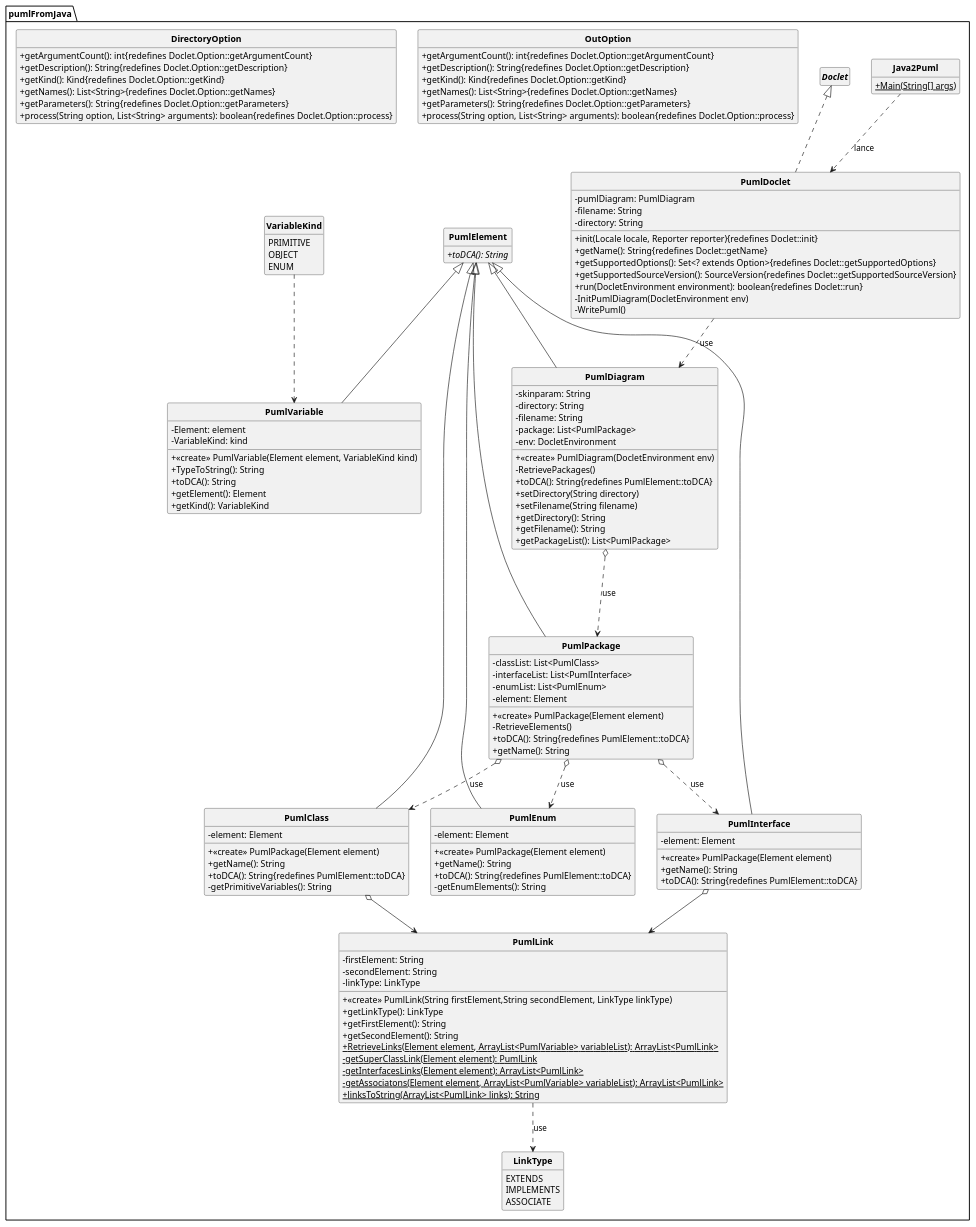
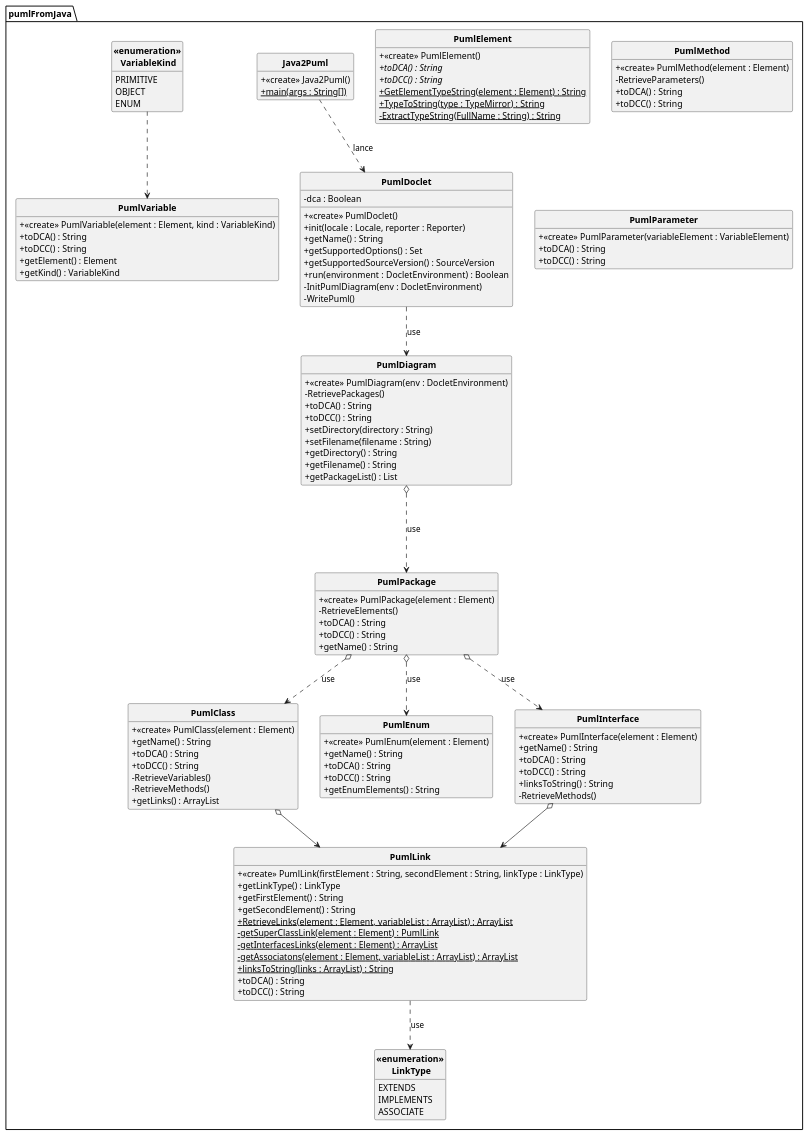
One commit to Lykomonix/API-JAVAtoPUML changed the diagram in uml/DCC API.puml. Above: the diagram before and after it, drawn with PlantUML. The commit also changed other lines of this file and 34 other files, not shown here.

Commit message:
[*] correction de l'option dca

```diff
--- a/uml/DCC API.puml
+++ b/uml/DCC API.puml
@@ -34,163 +1,156 @@
 @startuml
 
 skinparam style strictuml
 skinparam classAttributeIconSize 0
 skinparam classFontStyle Bold
 hide empty members
 
 Package "pumlFromJava" {
 
 class Java2Puml
 {
-    + {static} Main(String[] args)
++ <<create>> Java2Puml()
++ {static} main(args : String[])
 }
 
-class PumlDoclet implements Doclet
+class PumlClass
 {
-    -pumlDiagram: PumlDiagram
-    -filename: String
-    -directory: String
-    + init(Locale locale, Reporter reporter){redefines Doclet::init}
-    + getName(): String{redefines Doclet::getName}
-    + getSupportedOptions(): Set<? extends Option>{redefines Doclet::getSupportedOptions}
-    + getSupportedSourceVersion(): SourceVersion{redefines Doclet::getSupportedSourceVersion}
-    + run(DocletEnvironment environment): boolean{redefines Doclet::run}
-    - InitPumlDiagram(DocletEnvironment env)
-    - WritePuml()
++ <<create>> PumlClass(element : Element)
++ getName() : String
++ toDCA() : String
++ toDCC() : String
+- RetrieveVariables()
+- RetrieveMethods()
++ getLinks() : ArrayList
 }
 
-class OutOption implements Doclet.Option
+class PumlDiagram
 {
-    + getArgumentCount(): int{redefines Doclet.Option::getArgumentCount}
-    + getDescription(): String{redefines Doclet.Option::getDescription}
-    + getKind(): Kind{redefines Doclet.Option::getKind}
-    + getNames(): List<String>{redefines Doclet.Option::getNames}
-    + getParameters(): String{redefines Doclet.Option::getParameters}
-    + process(String option, List<String> arguments): boolean{redefines Doclet.Option::process}
++ <<create>> PumlDiagram(env : DocletEnvironment)
+- RetrievePackages()
++ toDCA() : String
++ toDCC() : String
++ setDirectory(directory : String)
++ setFilename(filename : String)
++ getDirectory() : String
++ getFilename() : String
++ getPackageList() : List
 }
 
-class DirectoryOption implements Doclet.Option
+class PumlDoclet
 {
-    + getArgumentCount(): int{redefines Doclet.Option::getArgumentCount}
-    + getDescription(): String{redefines Doclet.Option::getDescription}
-    + getKind(): Kind{redefines Doclet.Option::getKind}
-    + getNames(): List<String>{redefines Doclet.Option::getNames}
-    + getParameters(): String{redefines Doclet.Option::getParameters}
-    + process(String option, List<String> arguments): boolean{redefines Doclet.Option::process}
+- dca : Boolean
++ <<create>> PumlDoclet()
++ init(locale : Locale, reporter : Reporter)
++ getName() : String
++ getSupportedOptions() : Set
++ getSupportedSourceVersion() : SourceVersion
++ run(environment : DocletEnvironment)  : Boolean
+- InitPumlDiagram(env : DocletEnvironment)
+- WritePuml()
 }
-
 
 class PumlElement
 {
-    +toDCA(): String{abstract}
++ <<create>> PumlElement()
++ {abstract} toDCA() : String
++ {abstract} toDCC() : String
++ {static} GetElementTypeString(element : Element) : String
++ {static} TypeToString(type : TypeMirror) : String
+- {static} ExtractTypeString(FullName : String) : String
 }
 
-class PumlDiagram extends PumlElement
+class PumlEnum
 {
-    - skinparam: String
-    - directory: String
-    - filename: String
-    - package: List<PumlPackage>
-    - env: DocletEnvironment
-    + <<create>> PumlDiagram(DocletEnvironment env)
-    - RetrievePackages()
-    + toDCA(): String{redefines PumlElement::toDCA}
-    + setDirectory(String directory)
-    + setFilename(String filename)
-    + getDirectory(): String
-    + getFilename(): String
-    + getPackageList(): List<PumlPackage>
++ <<create>> PumlEnum(element : Element)
++ getName() : String
++ toDCA() : String
++ toDCC() : String
++ getEnumElements() : String
 }
 
-class PumlPackage extends PumlElement
+class PumlInterface
 {
-    - classList: List<PumlClass>
-    - interfaceList: List<PumlInterface>
-    - enumList: List<PumlEnum>
-    - element: Element
-    + <<create>> PumlPackage(Element element)
-    - RetrieveElements()
-    + toDCA(): String{redefines PumlElement::toDCA}
-    + getName(): String
-}
-
-class PumlClass extends PumlElement
-{
-    - element: Element
-    + <<create>> PumlPackage(Element element)
-    + getName(): String
-    + toDCA(): String{redefines PumlElement::toDCA}
-    - getPrimitiveVariables(): String
-}
-
-class PumlEnum extends PumlElement
-{
-    - element: Element
-    + <<create>> PumlPackage(Element element)
-    + getName(): String
-    + toDCA(): String{redefines PumlElement::toDCA}
-    - getEnumElements(): String
-}
-
-class PumlInterface extends PumlElement
-{
-    - element: Element
-    + <<create>> PumlPackage(Element element)
-    + getName(): String
-    + toDCA(): String{redefines PumlElement::toDCA}
++ <<create>> PumlInterface(element : Element)
++ getName() : String
++ toDCA() : String
++ toDCC() : String
++ linksToString() : String
+- RetrieveMethods()
 }
 
 class PumlLink
 {
-    - firstElement: String
-    - secondElement: String
-    - linkType: LinkType
-    + <<create>> PumlLink(String firstElement,String secondElement, LinkType linkType)
-    + getLinkType(): LinkType
-    + getFirstElement(): String
-    + getSecondElement(): String
-    {static}+ RetrieveLinks(Element element, ArrayList<PumlVariable> variableList): ArrayList<PumlLink>
-    {static}- getSuperClassLink(Element element): PumlLink
-    {static}- getInterfacesLinks(Element element): ArrayList<PumlLink>
-    {static}- getAssociatons(Element element, ArrayList<PumlVariable> variableList): ArrayList<PumlLink>
-    {static}+ linksToString(ArrayList<PumlLink> links): String
++ <<create>> PumlLink(firstElement : String, secondElement : String, linkType : LinkType)
++ getLinkType() : LinkType
++ getFirstElement() : String
++ getSecondElement() : String
++ {static} RetrieveLinks(element : Element, variableList : ArrayList) : ArrayList
+- {static} getSuperClassLink(element : Element) : PumlLink
+- {static} getInterfacesLinks(element : Element) : ArrayList
+- {static} getAssociatons(element : Element, variableList : ArrayList) : ArrayList
++ {static} linksToString(links : ArrayList) : String
++ toDCA() : String
++ toDCC() : String
 }
 
-class PumlVariable extends PumlElement
+class PumlMethod
 {
-    - Element: element
-    - VariableKind: kind
-    + <<create>> PumlVariable(Element element, VariableKind kind)
-    + TypeToString(): String
-    + toDCA(): String
-    + getElement(): Element
-    + getKind(): VariableKind
++ <<create>> PumlMethod(element : Element)
+- RetrieveParameters()
++ toDCA() : String
++ toDCC() : String
 }
 
-enum LinkType
+class PumlPackage
 {
-    EXTENDS
-    IMPLEMENTS
-    ASSOCIATE
++ <<create>> PumlPackage(element : Element)
+- RetrieveElements()
++ toDCA() : String
++ toDCC() : String
++ getName() : String
 }
 
-enum VariableKind
+class PumlParameter
 {
-    PRIMITIVE
-    OBJECT
-    ENUM
++ <<create>> PumlParameter(variableElement : VariableElement)
++ toDCA() : String
++ toDCC() : String
+}
+
+class PumlVariable
+{
++ <<create>> PumlVariable(element : Element, kind : VariableKind)
++ toDCA() : String
++ toDCC() : String
++ getElement() : Element
++ getKind() : VariableKind
+}
+
+class "<<enumeration>>\n LinkType" as LinkType
+{
+EXTENDS
+IMPLEMENTS
+ASSOCIATE
+}
+
+class "<<enumeration>>\n VariableKind" as VariableKind
+{
+PRIMITIVE
+OBJECT
+ENUM
 }
 
 PumlDoclet ..> PumlDiagram : use
 Java2Puml ..> PumlDoclet : lance
 PumlDiagram o...> PumlPackage : use
 PumlPackage o..> PumlClass : use
 PumlPackage o..> PumlInterface : use
 PumlPackage o..> PumlEnum : use
 PumlLink ..> LinkType : use
 PumlInterface o--> PumlLink
 PumlClass o--> PumlLink
 VariableKind ..> PumlVariable
 }
 
 @enduml
```
